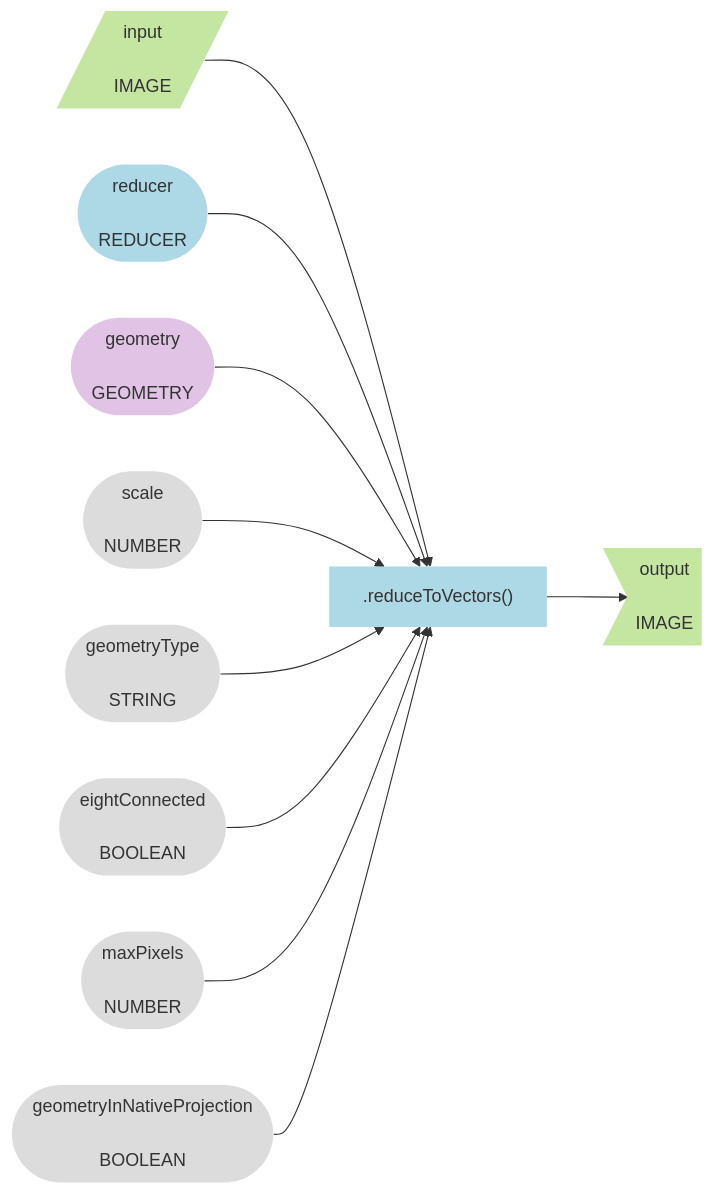
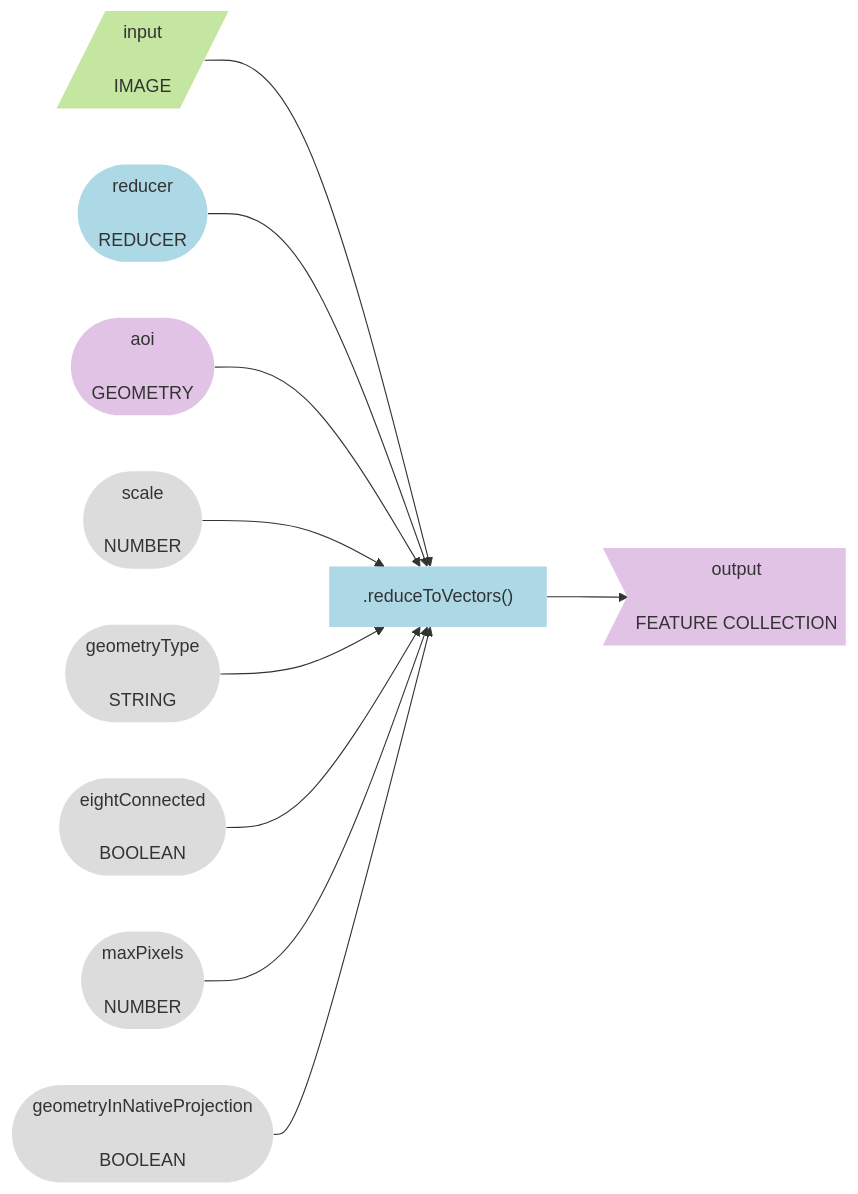
Before and after one commit to jeffhowarth/eeprimer: diagram 15 of 19 in src/workflows/grassland_bird_habitat.md, drawn with Mermaid. The commit also changed other lines of this file and 8 other files, not shown here.

````diff
--- a/src/workflows/grassland_bird_habitat.md
+++ b/src/workflows/grassland_bird_habitat.md
@@ -631,25 +853,25 @@
 ``` mermaid
 graph LR
   input[/input\n\nIMAGE/] --> method1[".reduceToVectors()"] ;
-  method1 --> output>output\n\nIMAGE];
+  method1 --> output>output\n\nFEATURE COLLECTION];
 
   arg_att1([reducer\n\nREDUCER]) --> method1;
-  arg_att2([geometry\n\nGEOMETRY]) --> method1;
+  arg_att2([aoi\n\nGEOMETRY]) --> method1;
   arg_att3([scale\n\nNUMBER]) --> method1;
   arg_att4([geometryType\n\nSTRING]) --> method1;
   arg_att5([eightConnected\n\nBOOLEAN]) --> method1;
   arg_att6([maxPixels\n\nNUMBER]) --> method1;
   arg_att7([geometryInNativeProjection\n\nBOOLEAN]) --> method1;
 
   style input fill:#C5E6A1,stroke-width:0px
   style method1 fill:#ADD8E6,stroke-width:0px
-  style output fill:#C5E6A1,stroke-width:0px
+  style output fill:#E1C3E6,stroke-width:0px
 
   style arg_att1 fill:#ADD8E6,stroke-width:0px
   style arg_att2 fill:#E1C3E6,stroke-width:0px
   style arg_att3 fill:#DCDCDC,stroke-width:0px
   style arg_att4 fill:#DCDCDC,stroke-width:0px
   style arg_att5 fill:#DCDCDC,stroke-width:0px
   style arg_att6 fill:#DCDCDC,stroke-width:0px
   style arg_att7 fill:#DCDCDC,stroke-width:0px
 ```
````
